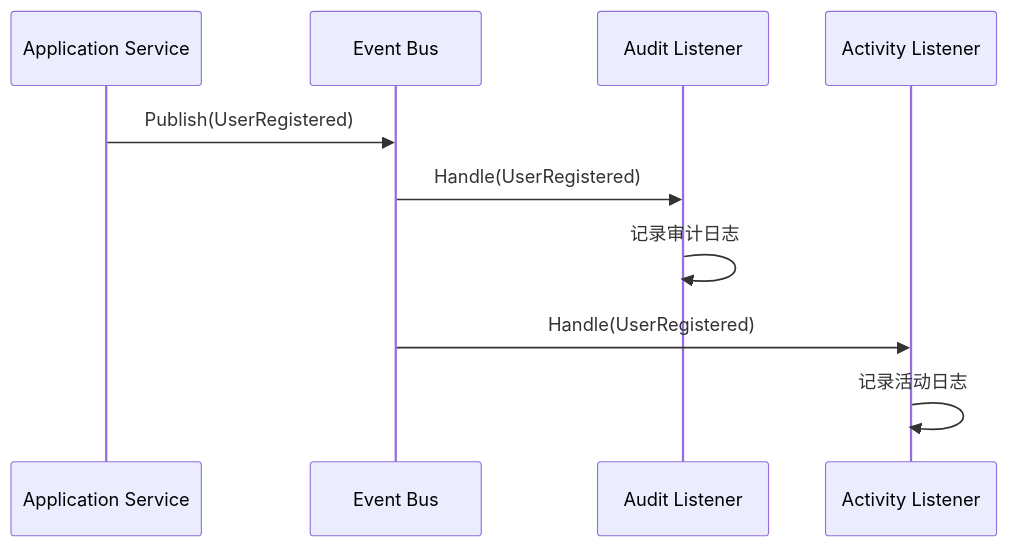
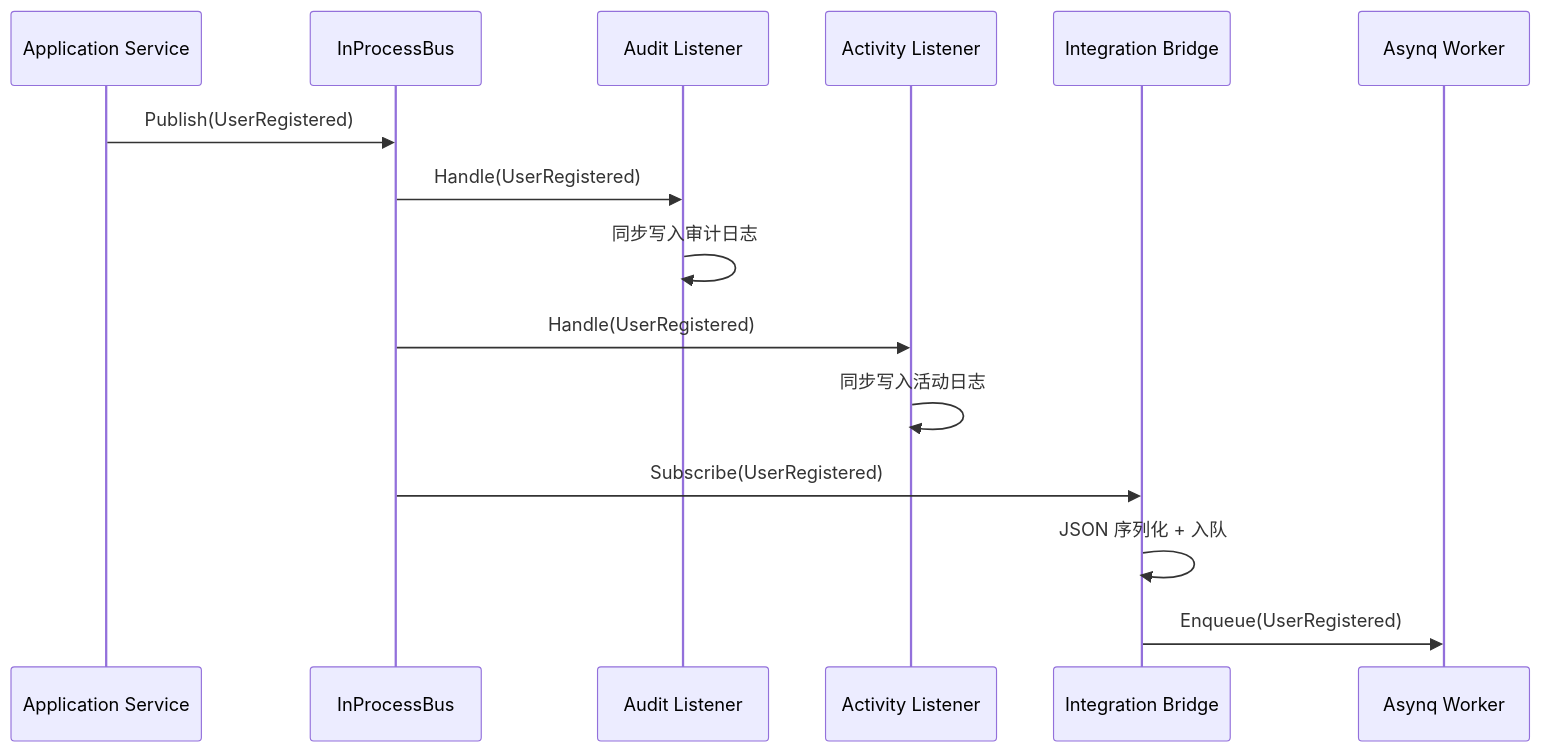
Before and after one commit to shenfay/go-ddd-scaffold: the third of 3 diagrams in docs/architecture/DDD_ARCHITECTURE.md, drawn with Mermaid. The commit also changed other lines of this file and 23 other files, not shown here.

````diff
--- a/docs/architecture/DDD_ARCHITECTURE.md
+++ b/docs/architecture/DDD_ARCHITECTURE.md
@@ -557,14 +563,21 @@
 ```mermaid
 sequenceDiagram
     participant App as Application Service
-    participant Bus as Event Bus
+    participant Bus as InProcessBus
     participant Audit as Audit Listener
     participant Activity as Activity Listener
+    participant Bridge as Integration Bridge
+    participant Asynq as Asynq Worker
     
     App->>Bus: Publish(UserRegistered)
+    
     Bus->>Audit: Handle(UserRegistered)
-    Audit->>Audit: 记录审计日志
+    Audit->>Audit: 同步写入审计日志
     
     Bus->>Activity: Handle(UserRegistered)
-    Activity->>Activity: 记录活动日志
+    Activity->>Activity: 同步写入活动日志
+    
+    Bus->>Bridge: Subscribe(UserRegistered)
+    Bridge->>Bridge: JSON 序列化 + 入队
+    Bridge->>Asynq: Enqueue(UserRegistered)
 ```
````
